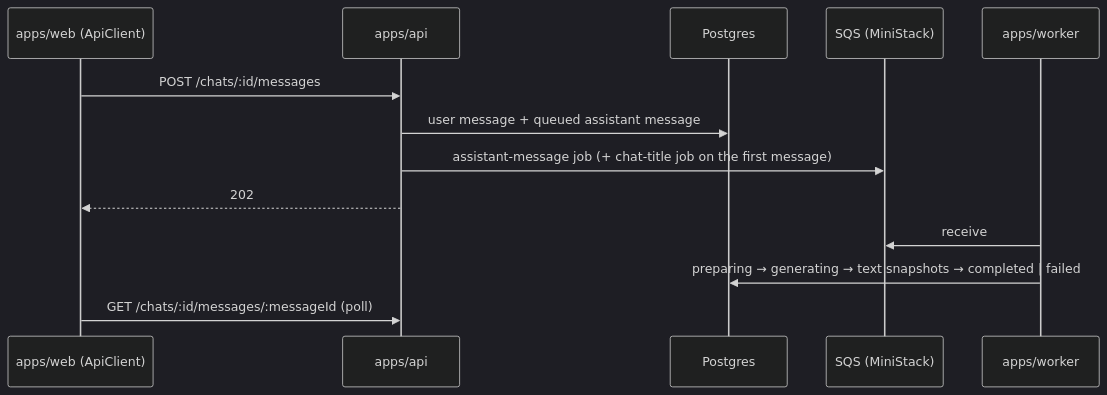
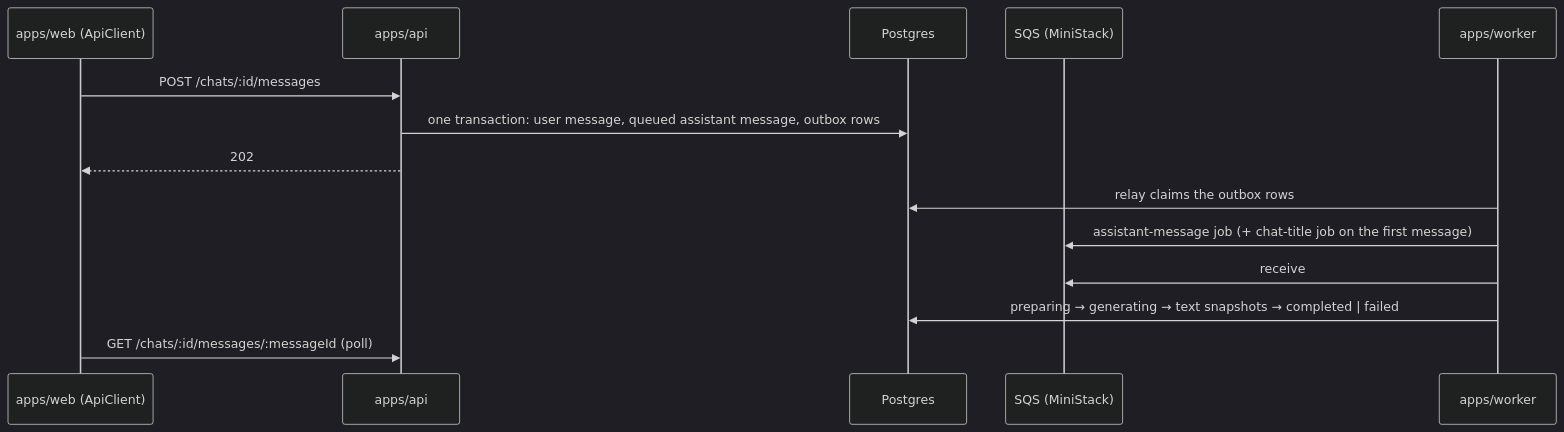
One commit to khotei/app-template changed the diagram in README.md. Above: the diagram before and after it, drawn with Mermaid (dark theme). The commit also changed other lines of this file and 2 other files, not shown here.

First line of the commit message:
:memo: docs(readme): Map the architecture and the daily work (#10)

````diff
--- a/README.md
+++ b/README.md
@@ -18,15 +22,16 @@
 ```mermaid
 sequenceDiagram
   participant W as apps/web (ApiClient)
   participant A as apps/api
   participant S as Postgres
   participant Q as SQS (MiniStack)
   participant K as apps/worker
   W->>A: POST /chats/:id/messages
-  A->>S: user message + queued assistant message
-  A->>Q: assistant-message job (+ chat-title job on the first message)
+  A->>S: one transaction: user message, queued assistant message, outbox rows
   A-->>W: 202
+  K->>S: relay claims the outbox rows
+  K->>Q: assistant-message job (+ chat-title job on the first message)
   K->>Q: receive
   K->>S: preparing → generating → text snapshots → completed | failed
   W->>A: GET /chats/:id/messages/:messageId (poll)
 ```
````
